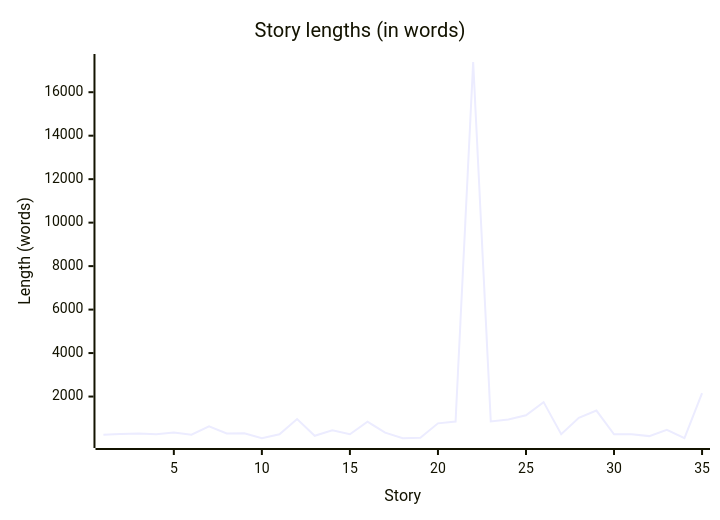
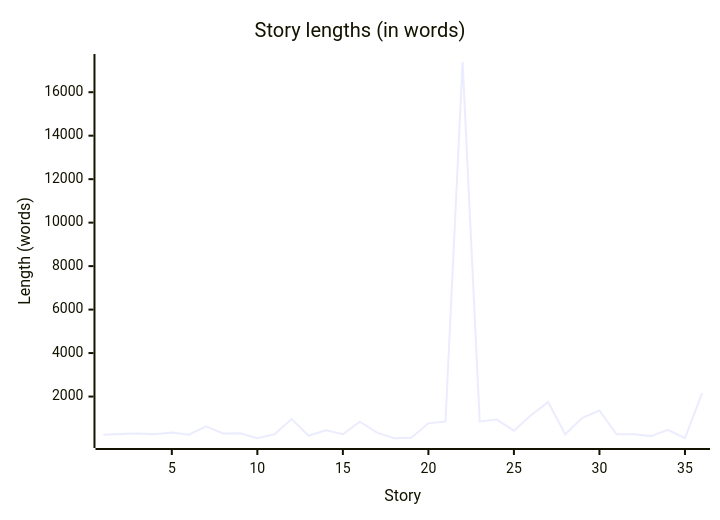
One commit to g-ongenae/blog changed the second of 2 diagrams in tell/README.md. Above: the diagram before and after it, drawn with Mermaid. The commit also changed other lines of this file and 1 other file, not shown here.

````diff
--- a/tell/README.md
+++ b/tell/README.md
@@ -177,7 +202,7 @@
 ```mermaid
 xychart-beta
   title "Story lengths (in words)"
-  x-axis "Story" 1 --> 35
+  x-axis "Story" 1 --> 36
   y-axis "Length (words)" 1 --> 17390
-  line [243, 281, 304, 270, 348, 246, 633, 298, 306, 80, 267, 964, 195, 450, 268, 844, 339, 81, 100, 767, 853, 17390, 855, 942, 1136, 1743, 266, 1023, 1356, 266, 269, 180, 473, 83, 2156]
+  line [243, 281, 304, 270, 348, 246, 633, 298, 306, 80, 267, 964, 195, 450, 268, 845, 339, 81, 100, 767, 853, 17390, 856, 942, 432, 1142, 1743, 266, 1023, 1359, 266, 269, 180, 473, 83, 2156]
 ```
````
